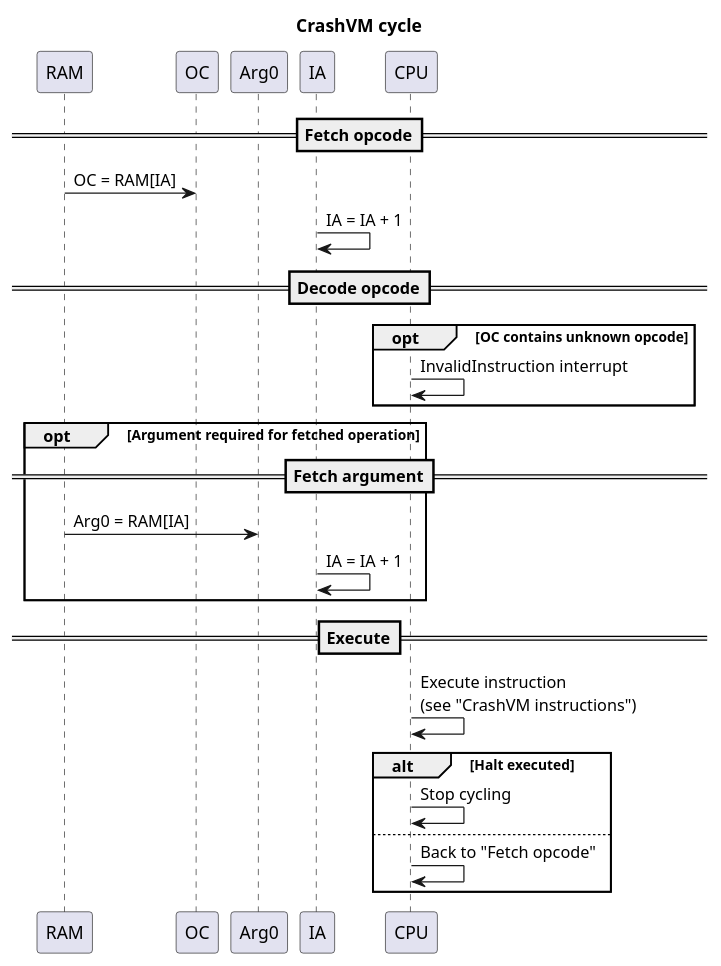
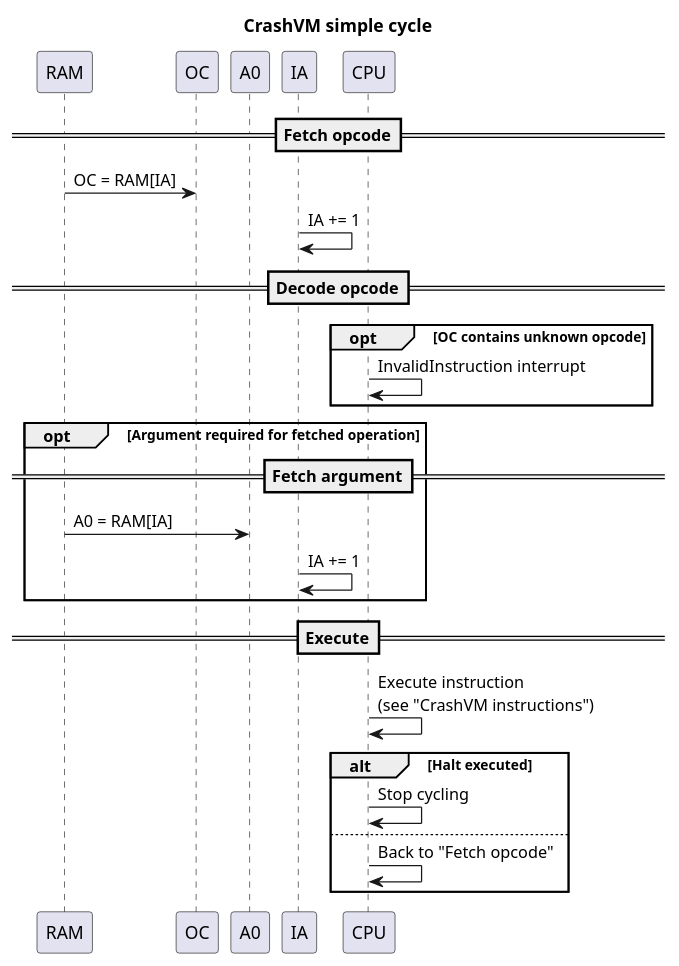
Before and after one commit to hypafrag/crash-vm: the fourth of 7 diagrams in doc/system.puml, drawn with PlantUML. The commit also changed other lines of this file and 17 other files, not shown here.

Commit message:
function calling in extended architecture

```diff
--- a/doc/system.puml
+++ b/doc/system.puml
@@ -24,30 +104,30 @@
-@startuml
-title CrashVM cycle
+@startuml simple_cycle
+title CrashVM simple cycle
 
 participant RAM
 participant OC
-participant Arg0
+participant A0
 participant IA
 participant CPU
 
 ==Fetch opcode==
 RAM -> OC: OC = RAM[IA]
-IA -> IA: IA = IA + 1
+IA -> IA: IA += 1
 ==Decode opcode==
 opt OC contains unknown opcode
-CPU -> CPU: InvalidInstruction interrupt
+    CPU -> CPU: InvalidInstruction interrupt
 end
 opt Argument required for fetched operation
-==Fetch argument==
-RAM -> Arg0: Arg0 = RAM[IA]
-IA -> IA: IA = IA + 1
+    ==Fetch argument==
+    RAM -> A0: A0 = RAM[IA]
+    IA -> IA: IA += 1
 end
 ==Execute==
 CPU -> CPU: Execute instruction\n(see "CrashVM instructions")
 alt Halt executed
     CPU -> CPU: Stop cycling
 else
     CPU -> CPU: Back to "Fetch opcode"
 end
 
 @enduml
```
